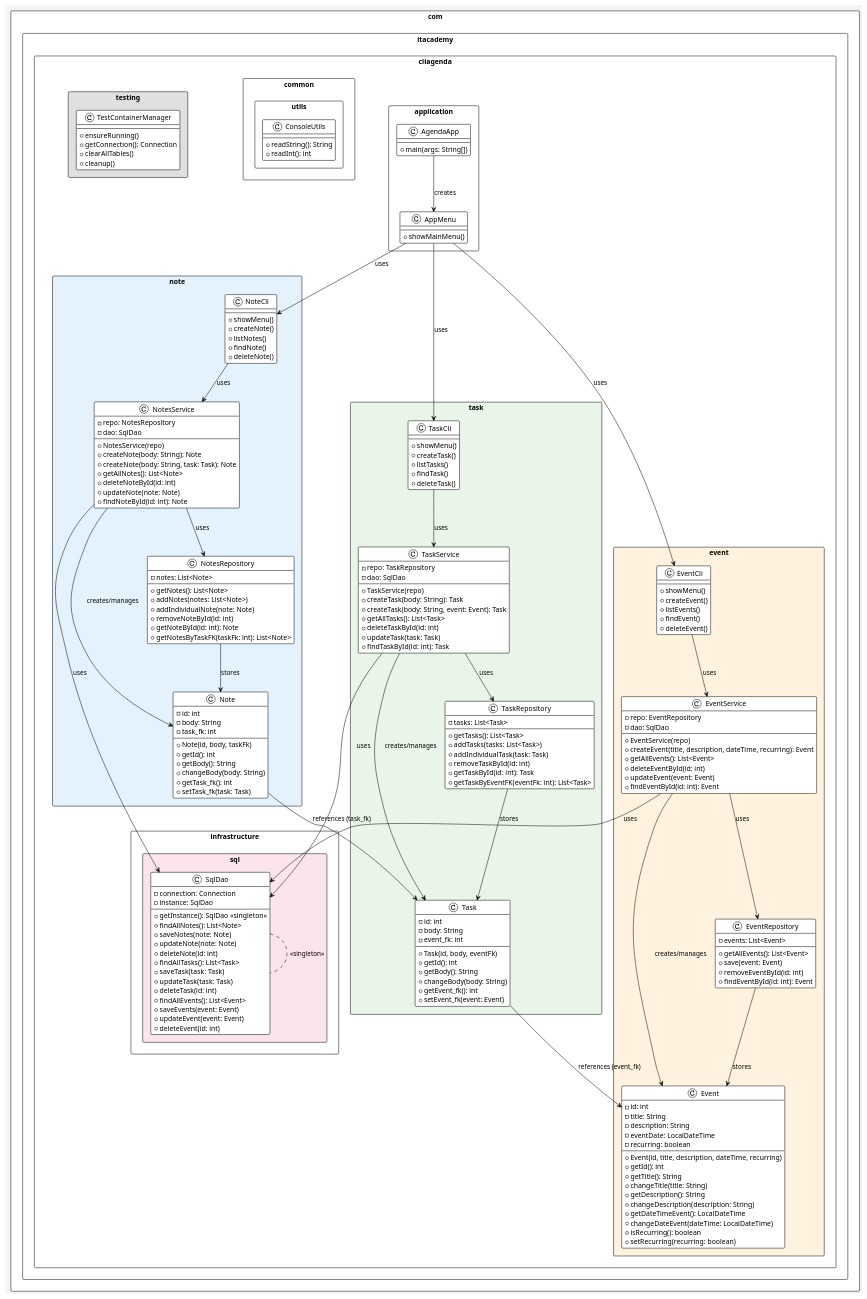
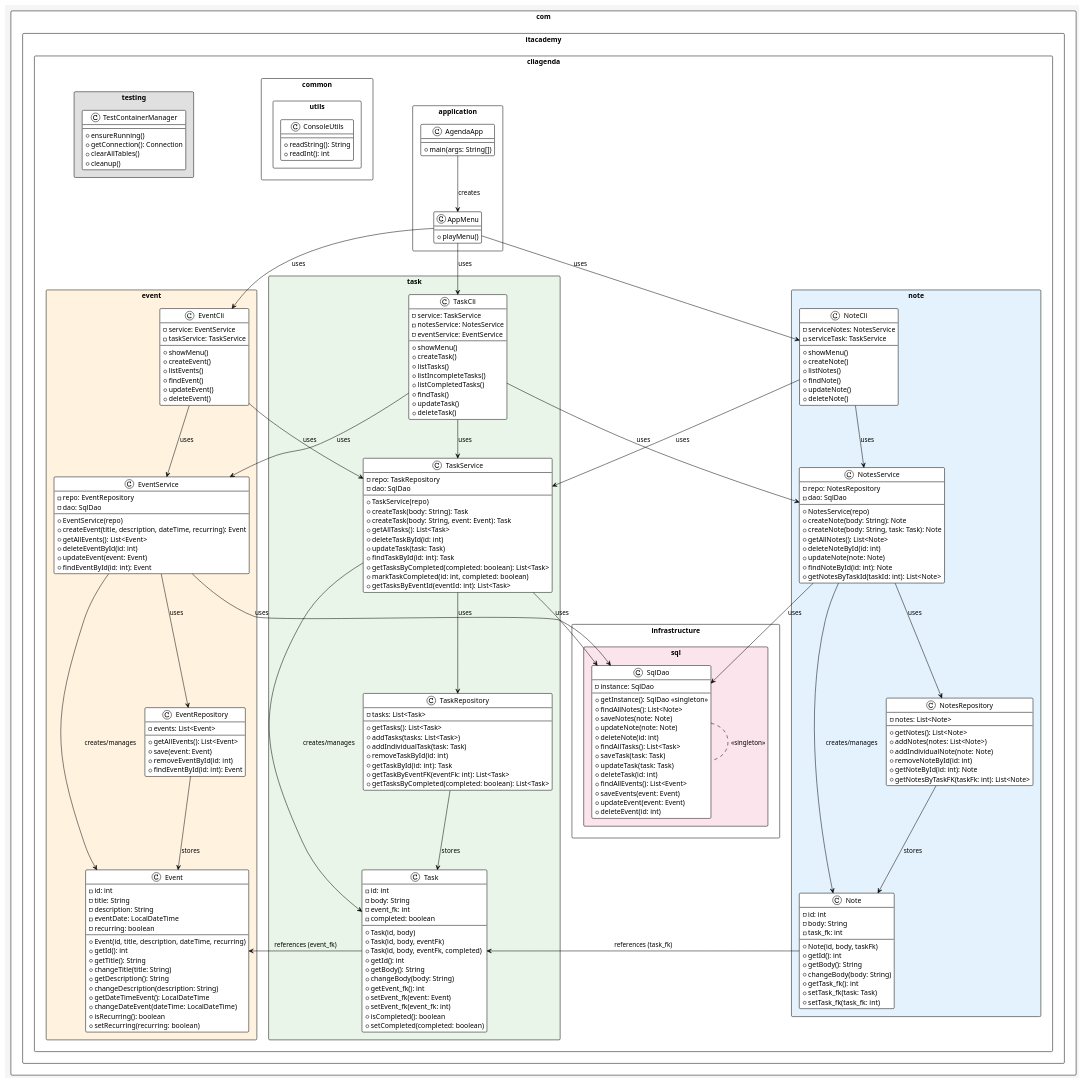
One commit to ITAcademy-TeamApril/CLI-Agenda changed the diagram in doc/diagram.puml. Above: the diagram before and after it, drawn with PlantUML. The commit also changed 3 other files, not shown here.

Commit message:
doc: updated documentation and diagrams

```diff
--- a/doc/diagram.puml
+++ b/doc/diagram.puml
@@ -12,7 +12,7 @@
         + main(args: String[])
     }
     class AppMenu {
-        + showMainMenu()
+        + playMenu()
     }
 }
 
@@ -27,6 +27,7 @@
         + changeBody(body: String)
         + getTask_fk(): int
         + setTask_fk(task: Task)
+        + setTask_fk(task_fk: int)
     }
     class NotesRepository {
         - notes: List<Note>
@@ -47,12 +48,16 @@
         + deleteNoteById(id: int)
         + updateNote(note: Note)
         + findNoteById(id: int): Note
+        + getNotesByTaskId(taskId: int): List<Note>
     }
     class NoteCli {
+        - serviceNotes: NotesService
+        - serviceTask: TaskService
         + showMenu()
         + createNote()
         + listNotes()
         + findNote()
+        + updateNote()
         + deleteNote()
     }
 }
@@ -62,12 +67,18 @@
         - id: int
         - body: String
         - event_fk: int
+        - completed: boolean
+        + Task(id, body)
         + Task(id, body, eventFk)
+        + Task(id, body, eventFk, completed)
         + getId(): int
         + getBody(): String
         + changeBody(body: String)
         + getEvent_fk(): int
         + setEvent_fk(event: Event)
+        + setEvent_fk(event_fk: int)
+        + isCompleted(): boolean
+        + setCompleted(completed: boolean)
     }
     class TaskRepository {
         - tasks: List<Task>
@@ -77,6 +88,7 @@
         + removeTaskById(id: int)
         + getTaskById(id: int): Task
         + getTaskByEventFK(eventFk: int): List<Task>
+        + getTasksByCompleted(completed: boolean): List<Task>
     }
     class TaskService {
         - repo: TaskRepository
@@ -88,12 +100,21 @@
         + deleteTaskById(id: int)
         + updateTask(task: Task)
         + findTaskById(id: int): Task
+        + getTasksByCompleted(completed: boolean): List<Task>
+        + markTaskCompleted(id: int, completed: boolean)
+        + getTasksByEventId(eventId: int): List<Task>
     }
     class TaskCli {
+        - service: TaskService
+        - notesService: NotesService
+        - eventService: EventService
         + showMenu()
         + createTask()
         + listTasks()
+        + listIncompleteTasks()
+        + listCompletedTasks()
         + findTask()
+        + updateTask()
         + deleteTask()
     }
 }
@@ -134,17 +155,19 @@
         + findEventById(id: int): Event
     }
     class EventCli {
+        - service: EventService
+        - taskService: TaskService
         + showMenu()
         + createEvent()
         + listEvents()
         + findEvent()
+        + updateEvent()
         + deleteEvent()
     }
 }
 
 package "com.itacademy.cliagenda.infrastructure.sql" #fce4ec {
     class SqlDao {
-        - connection: Connection
         - instance: SqlDao
         + getInstance(): SqlDao <<singleton>>
         + findAllNotes(): List<Note>
@@ -192,6 +215,7 @@
 NotesService --> Note : creates/manages
 NotesRepository --> Note : stores
 NoteCli --> NotesService : uses
+NoteCli --> TaskService : uses
 
 ' Task relationships
 TaskService --> TaskRepository : uses
@@ -199,6 +223,8 @@
 TaskService --> Task : creates/manages
 TaskRepository --> Task : stores
 TaskCli --> TaskService : uses
+TaskCli --> NotesService : uses
+TaskCli --> EventService : uses
 
 ' Event relationships
 EventService --> EventRepository : uses
@@ -206,6 +232,7 @@
 EventService --> Event : creates/manages
 EventRepository --> Event : stores
 EventCli --> EventService : uses
+EventCli --> TaskService : uses
 
 ' Cross-package relationships
 Note --> Task : references (task_fk)
```
